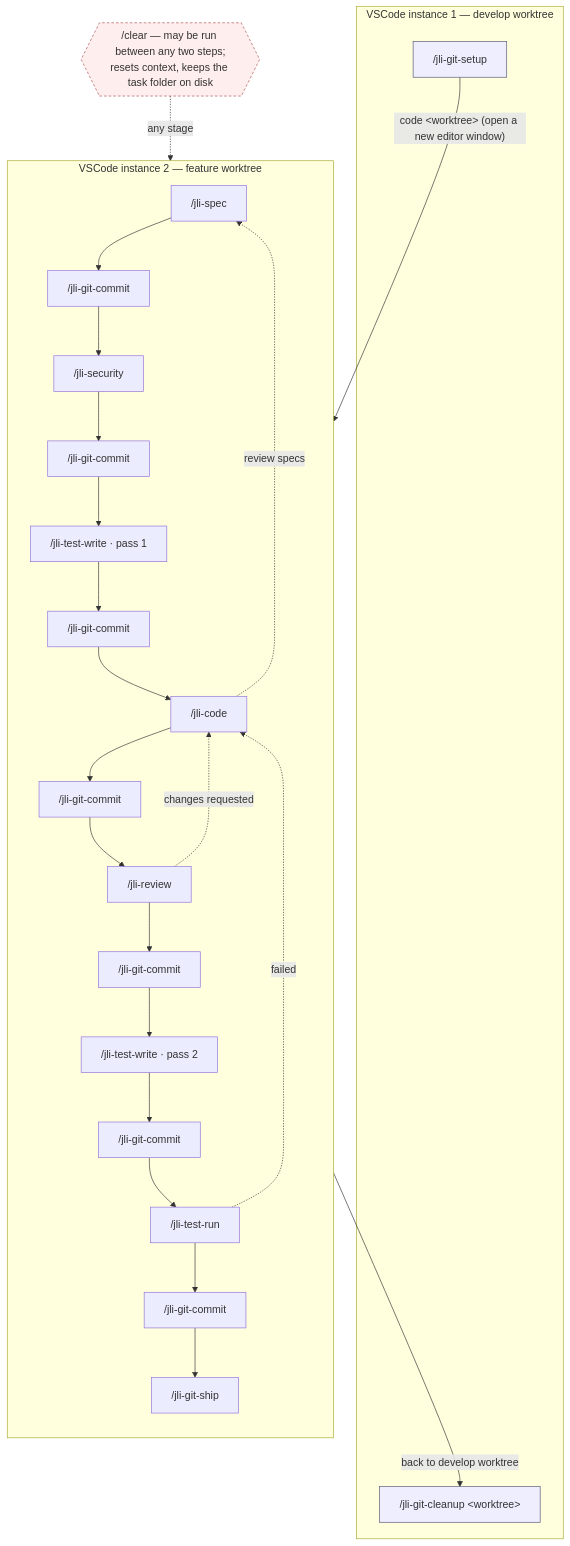
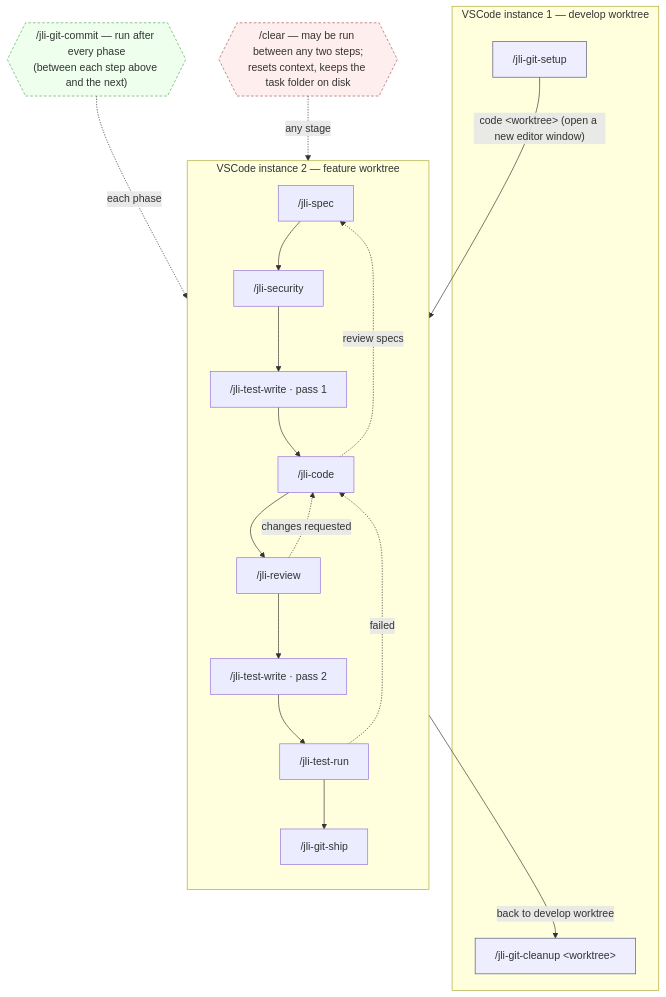
Before and after one commit to JeremieLitzler/SocialMediaPublisherApp: the diagram in AGENT-COMMAND-MIGRATION.md, drawn with Mermaid.

Commit message:
docs(migration): collapse repeated commit nodes into one note
Represent /jli-git-commit as a single note attached to the feature-
worktree subgraph instead of repeating it after every phase.

````diff
--- a/AGENT-COMMAND-MIGRATION.md
+++ b/AGENT-COMMAND-MIGRATION.md
@@ -69,34 +69,38 @@
 ```mermaid
 flowchart TD
     subgraph INST1["VSCode instance 1 — develop worktree"]
         setup["/jli-git-setup"]
         cleanup["/jli-git-cleanup &lt;worktree&gt;"]
     end
 
     subgraph INST2["VSCode instance 2 — feature worktree"]
         direction TB
-        spec["/jli-spec"] --> cspec["/jli-git-commit"]
-        cspec --> sec["/jli-security"] --> csec["/jli-git-commit"]
-        csec --> tw1["/jli-test-write · pass 1"] --> ctw1["/jli-git-commit"]
-        ctw1 --> code["/jli-code"] --> ccode["/jli-git-commit"]
-        ccode --> review["/jli-review"] --> crev["/jli-git-commit"]
-        crev --> tw2["/jli-test-write · pass 2"] --> ctw2["/jli-git-commit"]
-        ctw2 --> trun["/jli-test-run"] --> ctrun["/jli-git-commit"]
-        ctrun --> ship["/jli-git-ship"]
+        spec["/jli-spec"] --> sec["/jli-security"]
+        sec --> tw1["/jli-test-write · pass 1"]
+        tw1 --> code["/jli-code"]
+        code --> review["/jli-review"]
+        review --> tw2["/jli-test-write · pass 2"]
+        tw2 --> trun["/jli-test-run"]
+        trun --> ship["/jli-git-ship"]
     end
 
     setup -->|"code &lt;worktree&gt; (open a new editor window)"| spec
     ship -->|"back to develop worktree"| cleanup
 
     review -. "changes requested" .-> code
     trun -. "failed" .-> code
     code -. "review specs" .-> spec
 
+    commit{{"/jli-git-commit — run after every phase<br/>(between each step above and the next)"}}
+    commit -. "each phase" .-> INST2
+
     clear{{"/clear — may be run between any two steps;<br/>resets context, keeps the task folder on disk"}}
     clear -. "any stage" .-> INST2
 
     classDef editor fill:#eef,stroke:#557,stroke-width:1px;
+    classDef note fill:#efe,stroke:#5a5,stroke-width:1px,stroke-dasharray:4 3;
     classDef reset fill:#fee,stroke:#a55,stroke-width:1px,stroke-dasharray:4 3;
     class setup,cleanup editor;
+    class commit note;
     class clear reset;
 ```
````
